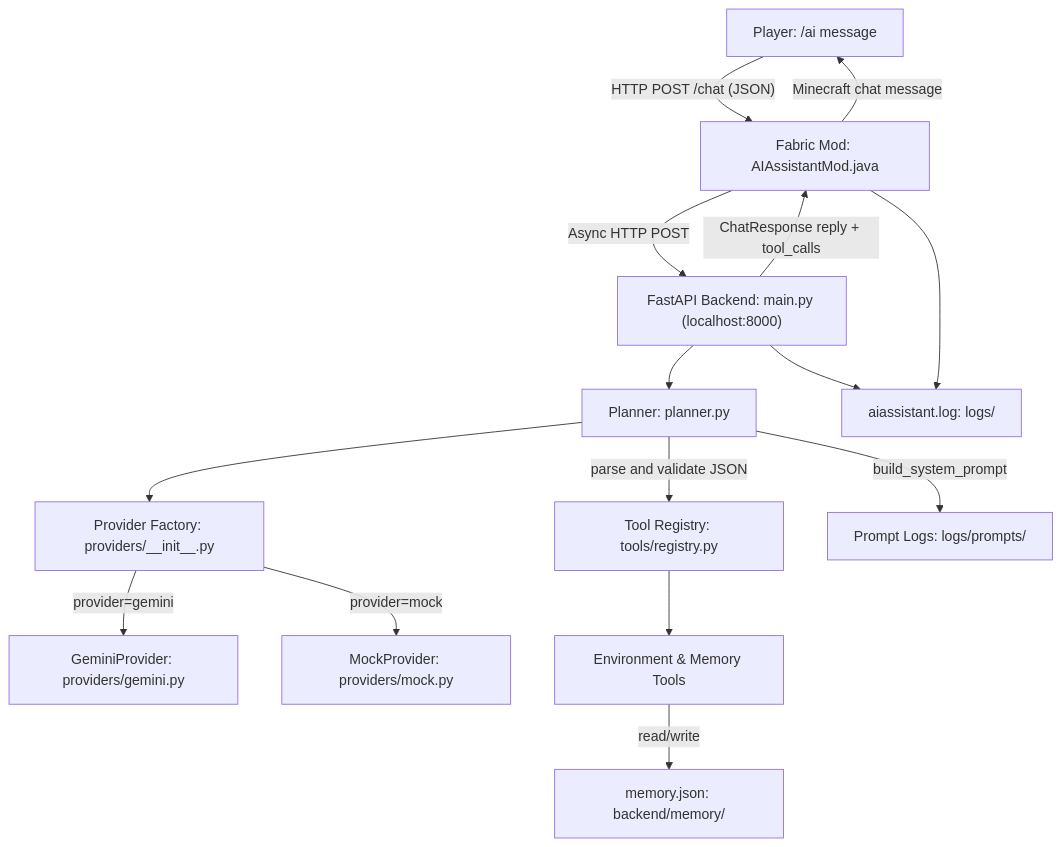
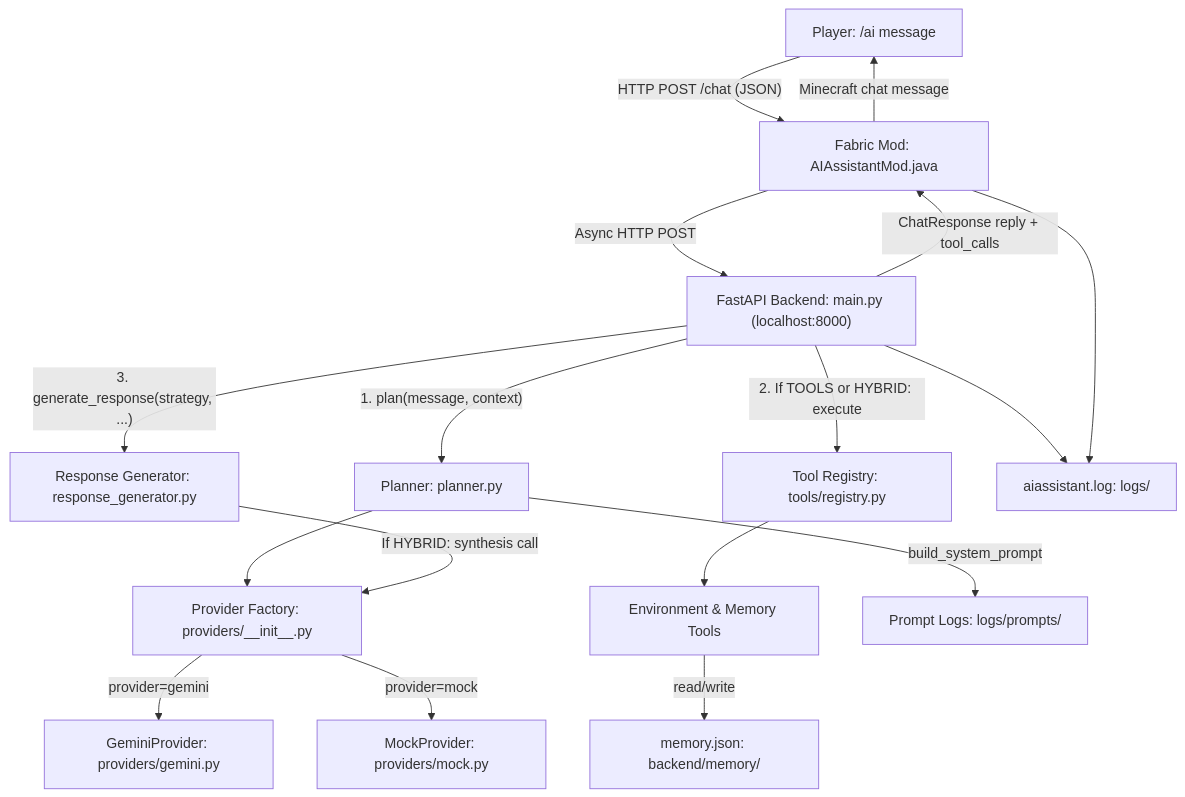
The first of 5 diagrams in README.md (Inferno-Aditya/MinecraftAI), drawn with Mermaid before and after one commit. The commit also changed other lines of this file and 10 other files, not shown here.

````diff
--- a/README.md
+++ b/README.md
@@ -92,30 +97,33 @@
 ```mermaid
 graph TD
     A["Player: /ai message"]
     B["Fabric Mod: AIAssistantMod.java"]
     C["FastAPI Backend: main.py (localhost:8000)"]
     D["Planner: planner.py"]
+    R["Response Generator: response_generator.py"]
     E["Provider Factory: providers/__init__.py"]
     F["GeminiProvider: providers/gemini.py"]
     G["MockProvider: providers/mock.py"]
     H["Tool Registry: tools/registry.py"]
     I["Environment & Memory Tools"]
     M["memory.json: backend/memory/"]
     N["Prompt Logs: logs/prompts/"]
     O["aiassistant.log: logs/"]
 
     A -- "HTTP POST /chat (JSON)" --> B
     B -- "Async HTTP POST" --> C
-    C --> D
+    C -- "1. plan(message, context)" --> D
     D -- "build_system_prompt" --> N
     D --> E
     E -- "provider=gemini" --> F
     E -- "provider=mock" --> G
-    D -- "parse and validate JSON" --> H
+    C -- "2. If TOOLS or HYBRID: execute" --> H
     H --> I
     I -- "read/write" --> M
+    C -- "3. generate_response(strategy, ...)" --> R
+    R -- "If HYBRID: synthesis call" --> E
     C -- "ChatResponse reply + tool_calls" --> B
     B -- "Minecraft chat message" --> A
     C --> O
     B --> O
 ```
````
